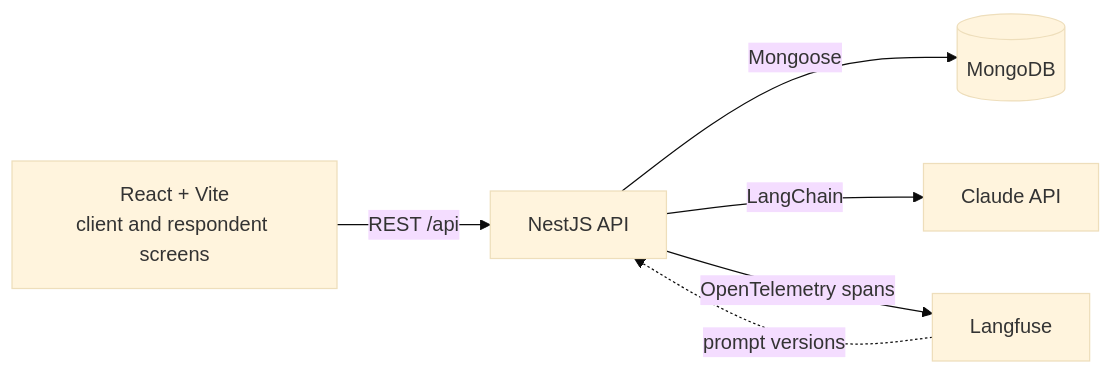
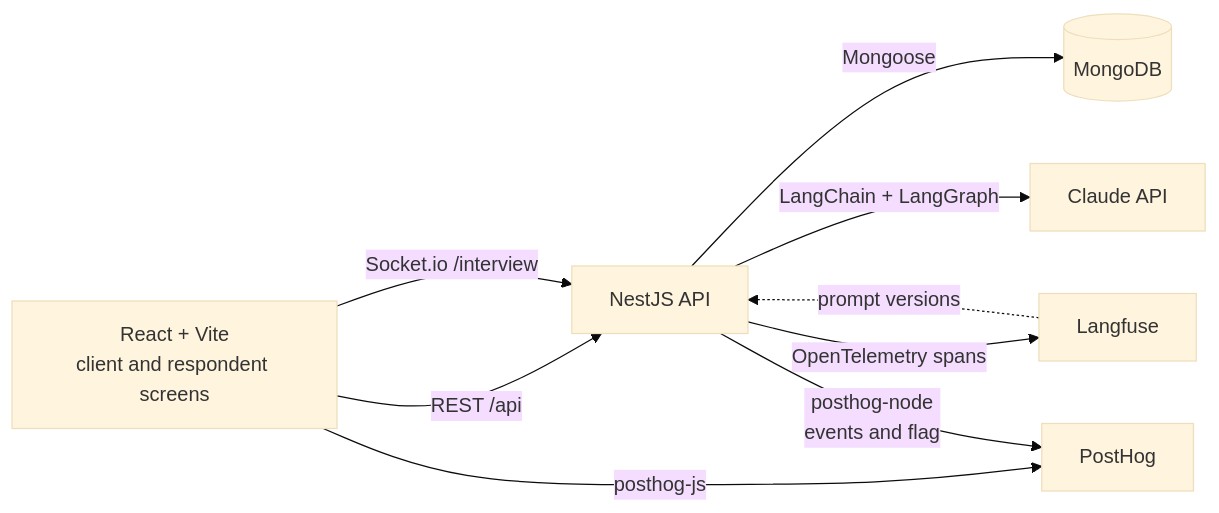
The first of 2 diagrams in README.md (ozykhan/bolt-insight-study), drawn with Mermaid (base theme) before and after one commit. The commit also changed other lines of this file and 42 other files, not shown here.

First line of the commit message:
Day 2: AI moderator over Socket.io, respondent chat, PostHog

````diff
--- a/README.md
+++ b/README.md
@@ -26,8 +27,11 @@
 ```mermaid
 flowchart LR
   web["React + Vite<br/>client and respondent screens"] -- "REST /api" --> api["NestJS API"]
+  web -- "Socket.io /interview" --> api
   api -- Mongoose --> mongo[("MongoDB")]
-  api -- "LangChain" --> claude["Claude API"]
+  api -- "LangChain + LangGraph" --> claude["Claude API"]
   api -- "OpenTelemetry spans" --> langfuse["Langfuse"]
   langfuse -. "prompt versions" .-> api
+  web -- "posthog-js" --> posthog["PostHog"]
+  api -- "posthog-node<br/>events and flag" --> posthog
 ```
````
